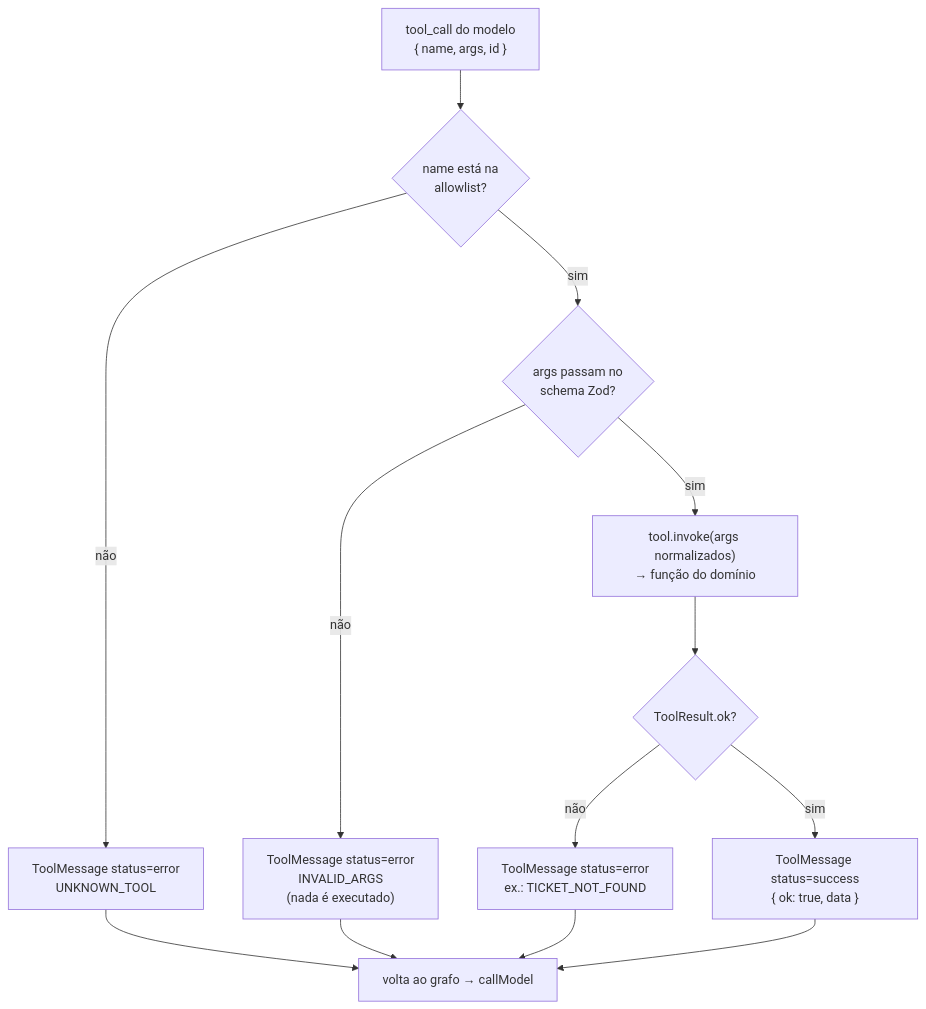
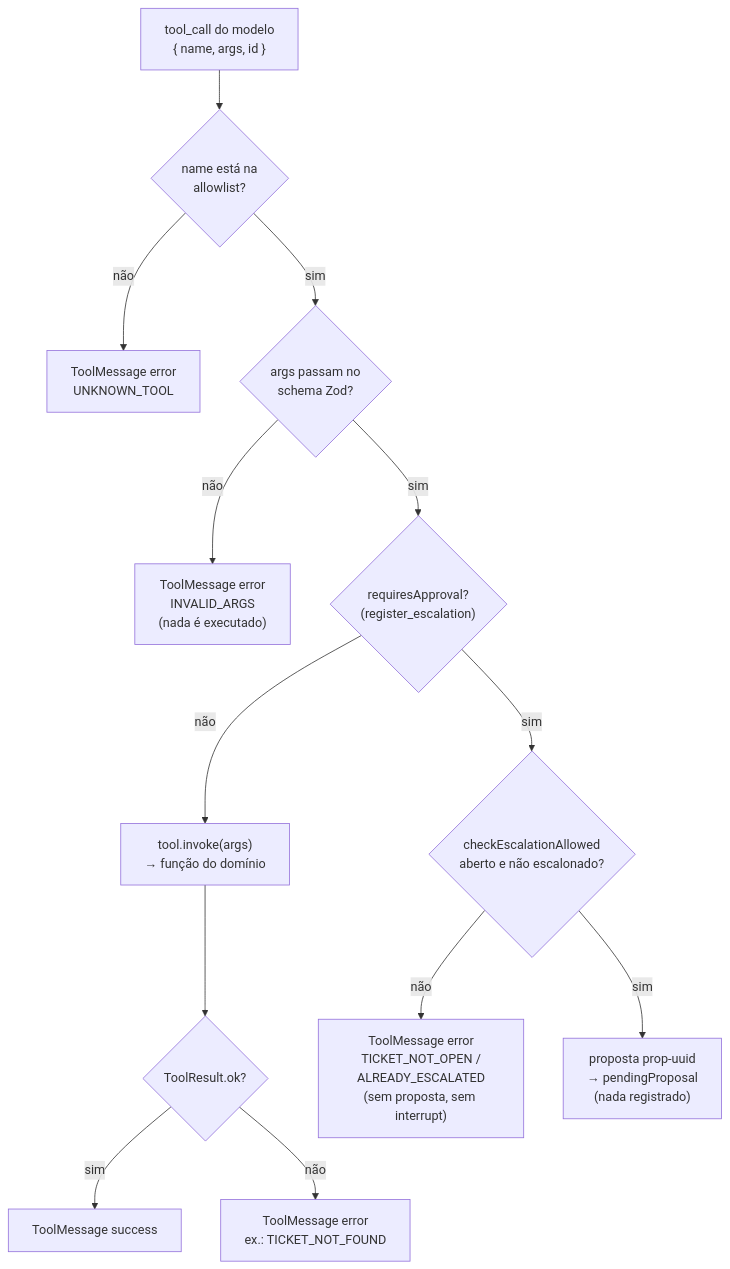
The fifth of 6 diagrams in docs/fluxo.md (gpmoura4/qwantyco-project), drawn with Mermaid before and after one commit. The commit also changed other lines of this file and 14 other files, not shown here.

First line of the commit message:
feat: human approval with interrupt, backend validation and idempotency

````diff
--- a/docs/fluxo.md
+++ b/docs/fluxo.md
@@ -131,12 +187,15 @@
 ```mermaid
 flowchart TD
     A["tool_call do modelo<br/>{ name, args, id }"] --> B{"name está na<br/>allowlist?"}
-    B -- não --> E1["ToolMessage status=error<br/>UNKNOWN_TOOL"]
+    B -- não --> E1["ToolMessage error<br/>UNKNOWN_TOOL"]
     B -- sim --> C{"args passam no<br/>schema Zod?"}
-    C -- não --> E2["ToolMessage status=error<br/>INVALID_ARGS<br/>(nada é executado)"]
-    C -- sim --> D["tool.invoke(args normalizados)<br/>→ função do domínio"]
+    C -- não --> E2["ToolMessage error<br/>INVALID_ARGS<br/>(nada é executado)"]
+    C -- sim --> W{"requiresApproval?<br/>(register_escalation)"}
+    W -- não --> D["tool.invoke(args)<br/>→ função do domínio"]
     D --> F{"ToolResult.ok?"}
-    F -- sim --> OK["ToolMessage status=success<br/>{ ok: true, data }"]
-    F -- não --> E3["ToolMessage status=error<br/>ex.: TICKET_NOT_FOUND"]
-    E1 & E2 & E3 & OK --> G["volta ao grafo → callModel"]
+    F -- sim --> OK["ToolMessage success"]
+    F -- não --> E3["ToolMessage error<br/>ex.: TICKET_NOT_FOUND"]
+    W -- sim --> G{"checkEscalationAllowed<br/>aberto e não escalonado?"}
+    G -- não --> E4["ToolMessage error<br/>TICKET_NOT_OPEN /<br/>ALREADY_ESCALATED<br/>(sem proposta, sem interrupt)"]
+    G -- sim --> P["proposta prop-uuid<br/>→ pendingProposal<br/>(nada registrado)"]
 ```
````
